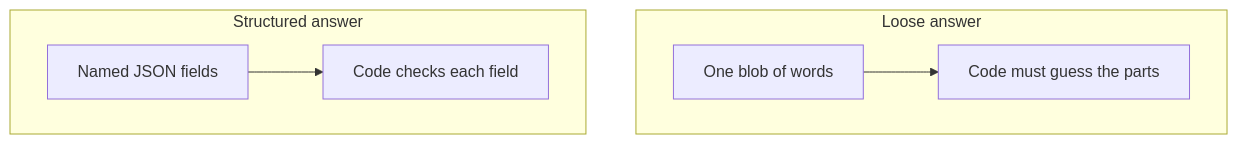
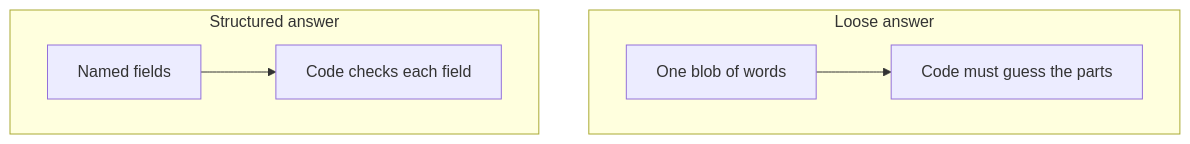
Before and after one commit to VikrantSingh01/Agentic_System_Design: the first of 2 diagrams in modules/02-smallest-useful-agent/chapters/05-messages-prompts-structured-output.md, drawn with Mermaid. The commit also changed other lines of this file and 3 other files, not shown here.

Commit message:
Improve Module 2 diagram accessibility

````diff
--- a/modules/02-smallest-useful-agent/chapters/05-messages-prompts-structured-output.md
+++ b/modules/02-smallest-useful-agent/chapters/05-messages-prompts-structured-output.md
@@ -96,9 +96,9 @@
 ```mermaid
 flowchart TB
     subgraph L[Loose answer]
         A[One blob of words] --> G[Code must guess the parts]
     end
     subgraph S[Structured answer]
-        J[Named JSON fields] --> K[Code checks each field]
+        J[Named fields] --> K[Code checks each field]
     end
 ```
````
